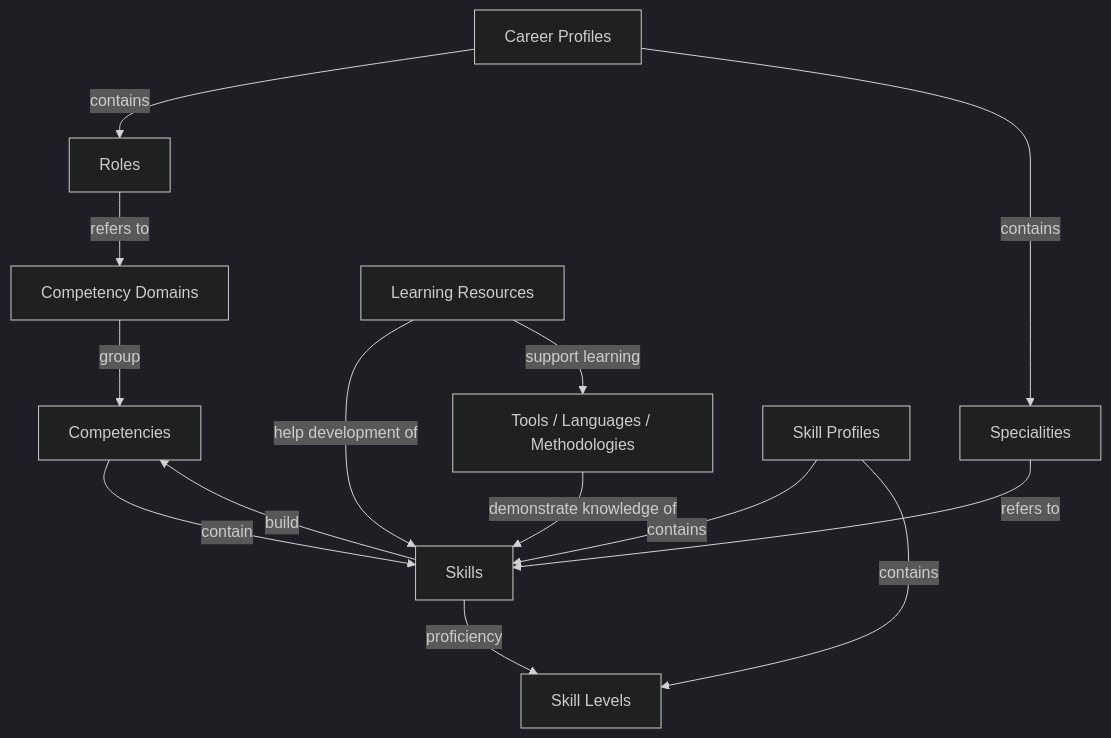
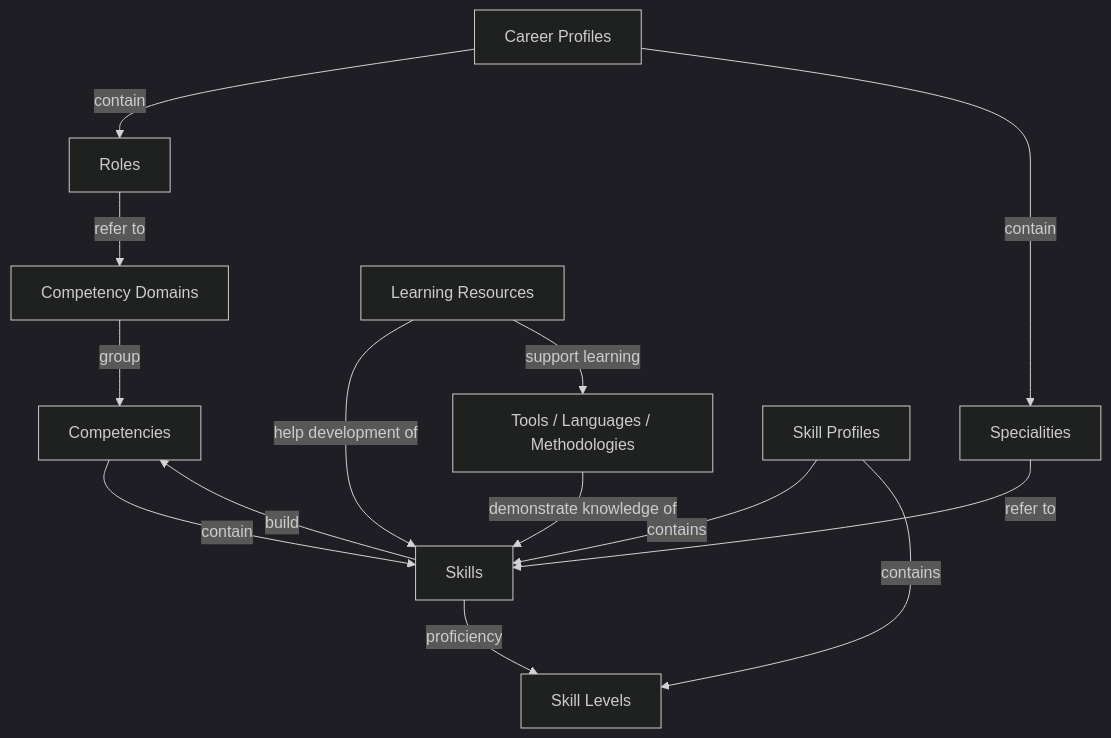
Before and after one commit to direct-framework/digital-research-competencies-framework: the diagram in framework/framework-diagram.md, drawn with Mermaid (dark theme).

````diff
--- a/framework/framework-diagram.md
+++ b/framework/framework-diagram.md
@@ -12,28 +12,28 @@
 ```mermaid
 flowchart TD
 CD[Competency Domains]
 C[Competencies]
 Sk[Skills]
 SL[Skill Levels]
 TLM[Tools / Languages / Methodologies]
 LR[Learning Resources]
 R[Roles]
 Spec[Specialities]
 CP[Career Profiles]
 SP[Skill Profiles]
 
 
 CD -- group --> C
 C -- contain --> Sk
 Sk -- build --> C
 Sk -- proficiency --> SL
 TLM -- demonstrate knowledge of --> Sk
 LR -- help development of --> Sk
 LR -- support learning --> TLM
-CP -- contains --> R
-CP -- contains --> Spec
-R -- refers to --> CD
-Spec -- refers to --> Sk
+CP -- contain --> R
+CP -- contain --> Spec
+R -- refer to --> CD
+Spec -- refer to --> Sk
 SP -- contains --> Sk
 SP -- contains --> SL
 ```
````
